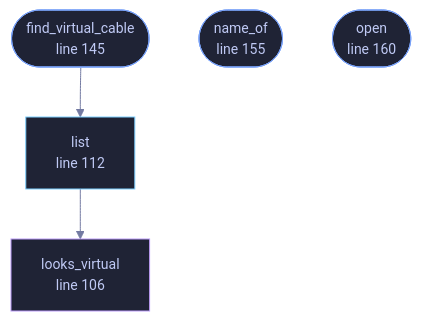
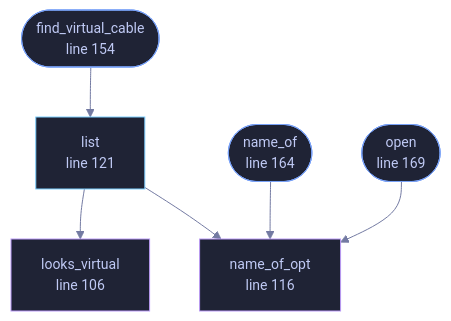
The diagram in docs/files/veilvoice-audio/devices.md (tilas01/veilvoice), drawn with Mermaid before and after one commit. The commit also changed other lines of this file and 24 other files, not shown here.

````diff
--- a/docs/files/veilvoice-audio/devices.md
+++ b/docs/files/veilvoice-audio/devices.md
@@ -116,22 +118,27 @@
 ```mermaid
 %%{init: {"theme":"base","themeVariables":{"background":"#1a1b26","primaryColor":"#1f2335","primaryTextColor":"#c0caf5","primaryBorderColor":"#7aa2f7","secondaryColor":"#16161e","tertiaryColor":"#16161e","lineColor":"#737aa2","textColor":"#c0caf5","mainBkg":"#1f2335","nodeBorder":"#7aa2f7","clusterBkg":"#16161e","clusterBorder":"#2f3549","fontFamily":"ui-monospace, SFMono-Regular, Consolas, monospace","fontSize":"14px"}}}%%
 flowchart TD
     n_looks_virtual["looks_virtual<br/>line 106"]
-    n_list["list<br/>line 112"]
-    n_find_virtual_cable(["find_virtual_cable<br/>line 145"])
-    n_name_of(["name_of<br/>line 155"])
-    n_open(["open<br/>line 160"])
+    n_name_of_opt["name_of_opt<br/>line 116"]
+    n_list["list<br/>line 121"]
+    n_find_virtual_cable(["find_virtual_cable<br/>line 154"])
+    n_name_of(["name_of<br/>line 164"])
+    n_open(["open<br/>line 169"])
     n_find_virtual_cable --> n_list
     n_list --> n_looks_virtual
+    n_list --> n_name_of_opt
+    n_name_of --> n_name_of_opt
+    n_open --> n_name_of_opt
     click n_looks_virtual href "https://github.com/tilas01/veilvoice/blob/main/crates/veilvoice-audio/src/devices.rs#L106" "open the source"
-    click n_list href "https://github.com/tilas01/veilvoice/blob/main/crates/veilvoice-audio/src/devices.rs#L112" "open the source"
-    click n_find_virtual_cable href "https://github.com/tilas01/veilvoice/blob/main/crates/veilvoice-audio/src/devices.rs#L145" "open the source"
-    click n_name_of href "https://github.com/tilas01/veilvoice/blob/main/crates/veilvoice-audio/src/devices.rs#L155" "open the source"
-    click n_open href "https://github.com/tilas01/veilvoice/blob/main/crates/veilvoice-audio/src/devices.rs#L160" "open the source"
+    click n_name_of_opt href "https://github.com/tilas01/veilvoice/blob/main/crates/veilvoice-audio/src/devices.rs#L116" "open the source"
+    click n_list href "https://github.com/tilas01/veilvoice/blob/main/crates/veilvoice-audio/src/devices.rs#L121" "open the source"
+    click n_find_virtual_cable href "https://github.com/tilas01/veilvoice/blob/main/crates/veilvoice-audio/src/devices.rs#L154" "open the source"
+    click n_name_of href "https://github.com/tilas01/veilvoice/blob/main/crates/veilvoice-audio/src/devices.rs#L164" "open the source"
+    click n_open href "https://github.com/tilas01/veilvoice/blob/main/crates/veilvoice-audio/src/devices.rs#L169" "open the source"
     classDef entry fill:#1f2335,stroke:#7aa2f7,color:#c0caf5
     class n_find_virtual_cable,n_name_of,n_open entry
     classDef api fill:#1f2335,stroke:#7dcfff,color:#c0caf5
     class n_list api
     classDef helper fill:#1f2335,stroke:#bb9af7,color:#c0caf5
-    class n_looks_virtual helper
+    class n_looks_virtual,n_name_of_opt helper
 ```
````
